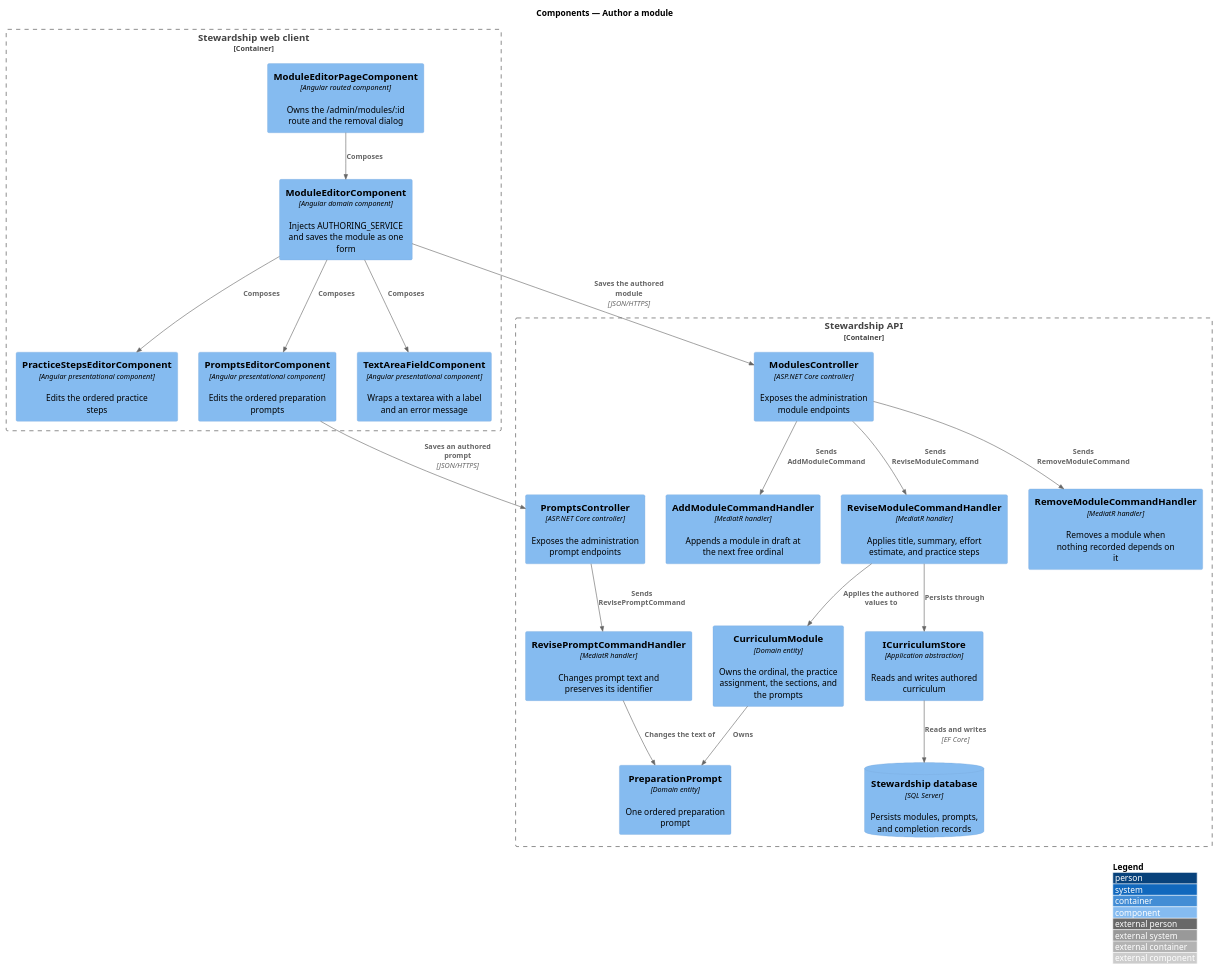
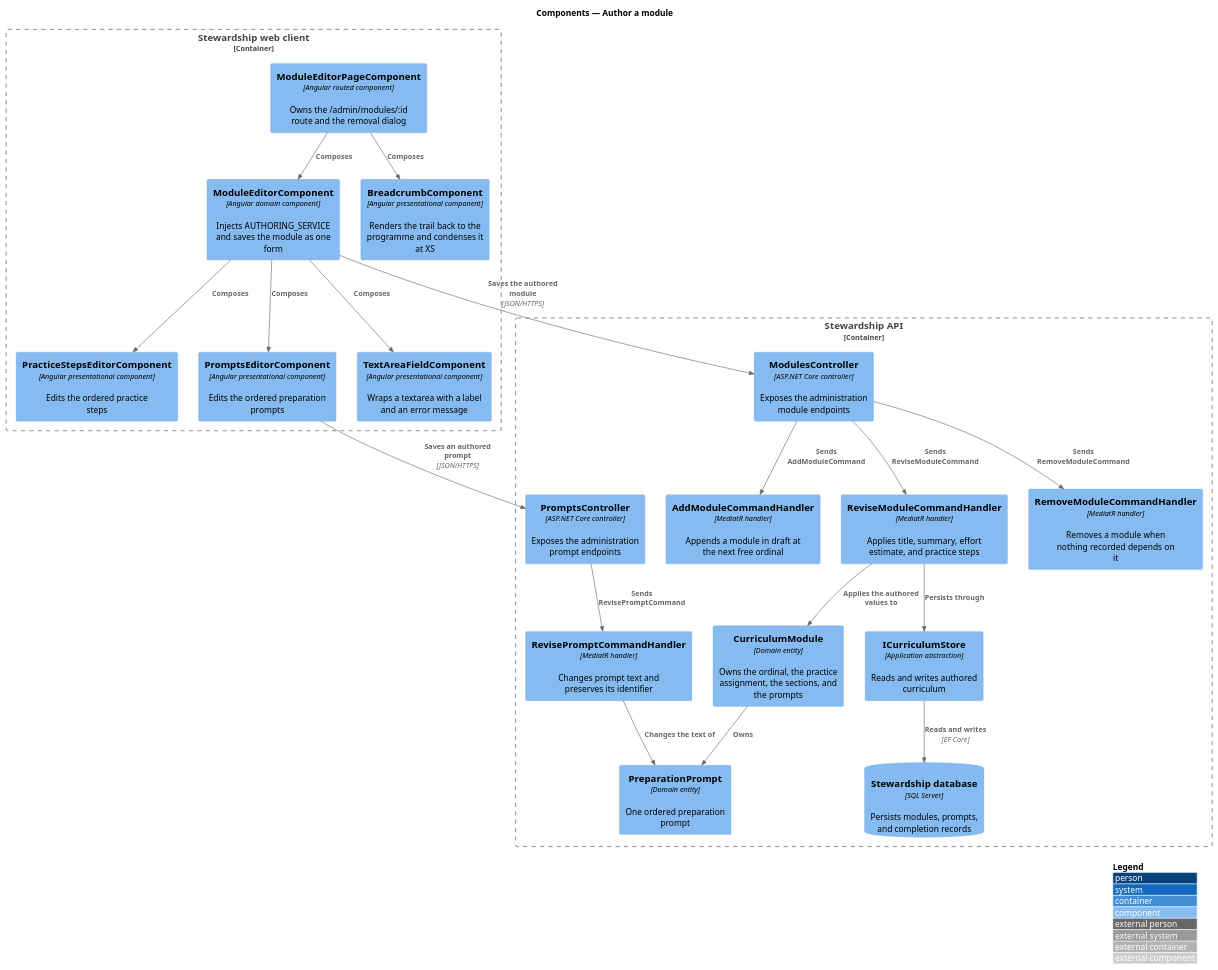
The diagram in docs/detailed-designs/administration/author-module/diagrams/c4-component.puml (QuinntyneBrown/quinntyne-brown-stewardship), drawn with PlantUML before and after one commit. The commit also changed 7 other files, not shown here.

```diff
--- a/docs/detailed-designs/administration/author-module/diagrams/c4-component.puml
+++ b/docs/detailed-designs/administration/author-module/diagrams/c4-component.puml
@@ -1,42 +1,44 @@
 @startuml
 !include <C4/C4_Component>
 LAYOUT_WITH_LEGEND()
 title Components — Author a module
 
 Container_Boundary(spa, "Stewardship web client") {
   Component(page, "ModuleEditorPageComponent", "Angular routed component", "Owns the /admin/modules/:id route and the removal dialog")
   Component(editor, "ModuleEditorComponent", "Angular domain component", "Injects AUTHORING_SERVICE and saves the module as one form")
   Component(steps, "PracticeStepsEditorComponent", "Angular presentational component", "Edits the ordered practice steps")
   Component(prompts, "PromptsEditorComponent", "Angular presentational component", "Edits the ordered preparation prompts")
   Component(textarea, "TextAreaFieldComponent", "Angular presentational component", "Wraps a textarea with a label and an error message")
+  Component(crumb, "BreadcrumbComponent", "Angular presentational component", "Renders the trail back to the programme and condenses it at XS")
 }
 
 Container_Boundary(api, "Stewardship API") {
   Component(modules, "ModulesController", "ASP.NET Core controller", "Exposes the administration module endpoints")
   Component(promptctl, "PromptsController", "ASP.NET Core controller", "Exposes the administration prompt endpoints")
   Component(add, "AddModuleCommandHandler", "MediatR handler", "Appends a module in draft at the next free ordinal")
   Component(revise, "ReviseModuleCommandHandler", "MediatR handler", "Applies title, summary, effort estimate, and practice steps")
   Component(remove, "RemoveModuleCommandHandler", "MediatR handler", "Removes a module when nothing recorded depends on it")
   Component(reviseprompt, "RevisePromptCommandHandler", "MediatR handler", "Changes prompt text and preserves its identifier")
   Component(module, "CurriculumModule", "Domain entity", "Owns the ordinal, the practice assignment, the sections, and the prompts")
   Component(prompt, "PreparationPrompt", "Domain entity", "One ordered preparation prompt")
   Component(store, "ICurriculumStore", "Application abstraction", "Reads and writes authored curriculum")
   ComponentDb(db, "Stewardship database", "SQL Server", "Persists modules, prompts, and completion records")
 }
 
 Rel(page, editor, "Composes")
+Rel(page, crumb, "Composes")
 Rel(editor, steps, "Composes")
 Rel(editor, prompts, "Composes")
 Rel(editor, textarea, "Composes")
 Rel(editor, modules, "Saves the authored module", "JSON/HTTPS")
 Rel(prompts, promptctl, "Saves an authored prompt", "JSON/HTTPS")
 Rel(modules, add, "Sends AddModuleCommand")
 Rel(modules, revise, "Sends ReviseModuleCommand")
 Rel(modules, remove, "Sends RemoveModuleCommand")
 Rel(promptctl, reviseprompt, "Sends RevisePromptCommand")
 Rel(revise, module, "Applies the authored values to")
 Rel(reviseprompt, prompt, "Changes the text of")
 Rel(module, prompt, "Owns")
 Rel(revise, store, "Persists through")
 Rel(store, db, "Reads and writes", "EF Core")
 @enduml
```
